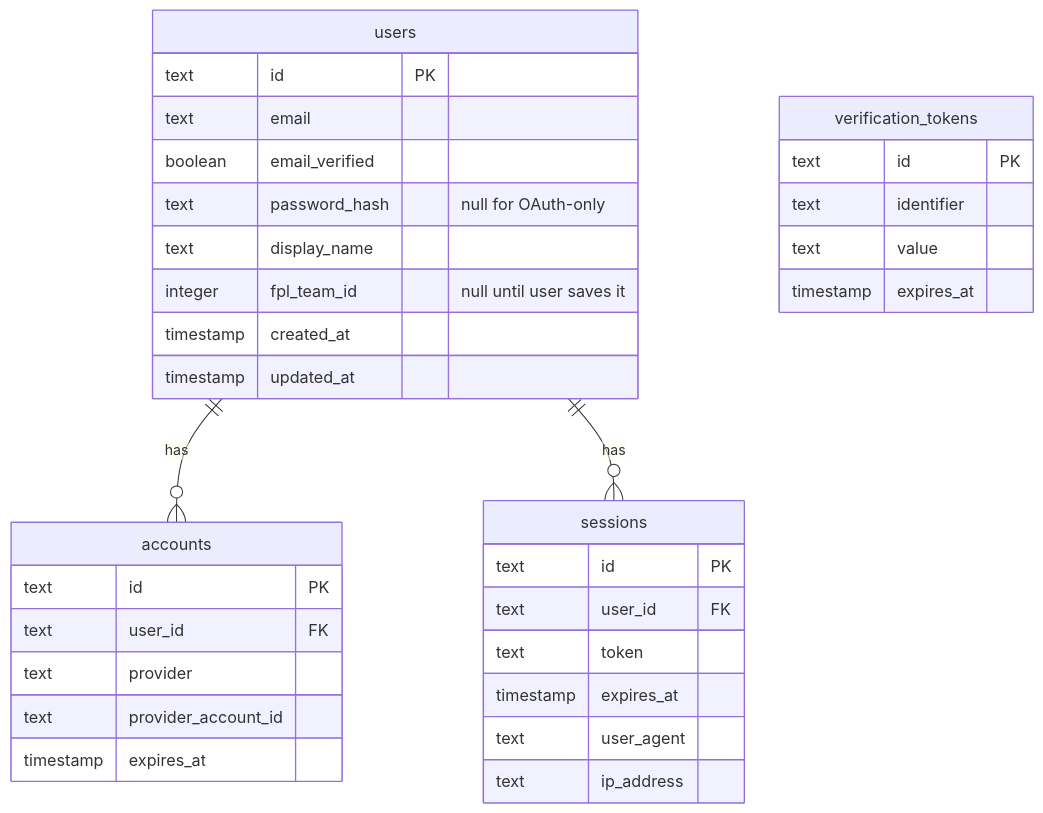
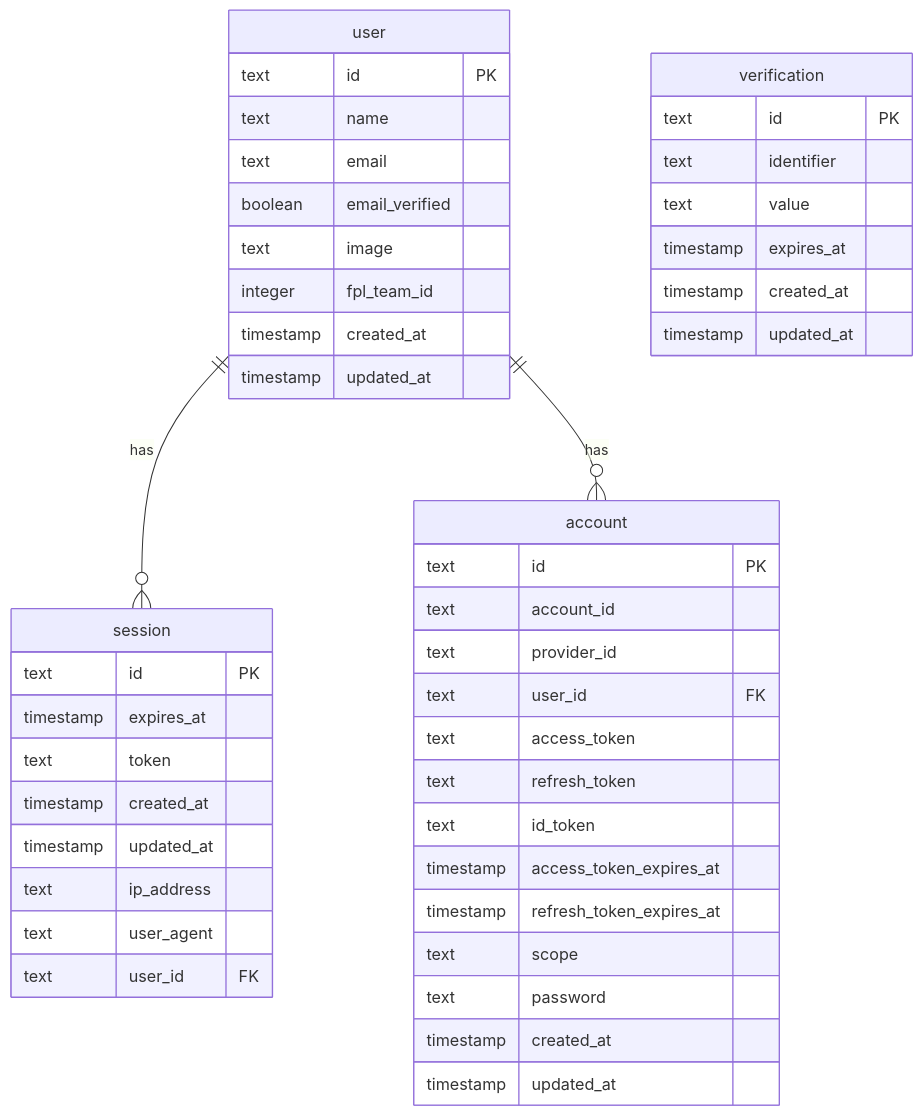
Before and after one commit to iuriev/fpl: the diagram in docs/db-schema.md, drawn with Mermaid. The commit also changed other lines of this file and 65 other files, not shown here.

Commit message:
feat: document updated database schema and supersede ADR-0013 with ADR-0015

````diff
--- a/docs/db-schema.md
+++ b/docs/db-schema.md
@@ -13,36 +74,49 @@
 ```mermaid
 erDiagram
-  users ||--o{ accounts : has
-  users ||--o{ sessions : has
-  users {
-    text      id          PK
-    text      email
-    boolean   email_verified
-    text      password_hash   "null for OAuth-only"
-    text      display_name
-    integer   fpl_team_id     "null until user saves it"
-    timestamp created_at
-    timestamp updated_at
-  }
-  accounts {
-    text      id              PK
-    text      user_id         FK
-    text      provider
-    text      provider_account_id
-    timestamp expires_at
-  }
-  sessions {
-    text      id              PK
-    text      user_id         FK
-    text      token
-    timestamp expires_at
-    text      user_agent
-    text      ip_address
-  }
-  verification_tokens {
-    text      id              PK
-    text      identifier
-    text      value
-    timestamp expires_at
-  }
+    user {
+        text id PK
+        text name
+        text email
+        boolean email_verified
+        text image
+        integer fpl_team_id
+        timestamp created_at
+        timestamp updated_at
+    }
+    session {
+        text id PK
+        timestamp expires_at
+        text token
+        timestamp created_at
+        timestamp updated_at
+        text ip_address
+        text user_agent
+        text user_id FK
+    }
+    account {
+        text id PK
+        text account_id
+        text provider_id
+        text user_id FK
+        text access_token
+        text refresh_token
+        text id_token
+        timestamp access_token_expires_at
+        timestamp refresh_token_expires_at
+        text scope
+        text password
+        timestamp created_at
+        timestamp updated_at
+    }
+    verification {
+        text id PK
+        text identifier
+        text value
+        timestamp expires_at
+        timestamp created_at
+        timestamp updated_at
+    }
+
+    user ||--o{ session : "has"
+    user ||--o{ account : "has"
 ```
````
